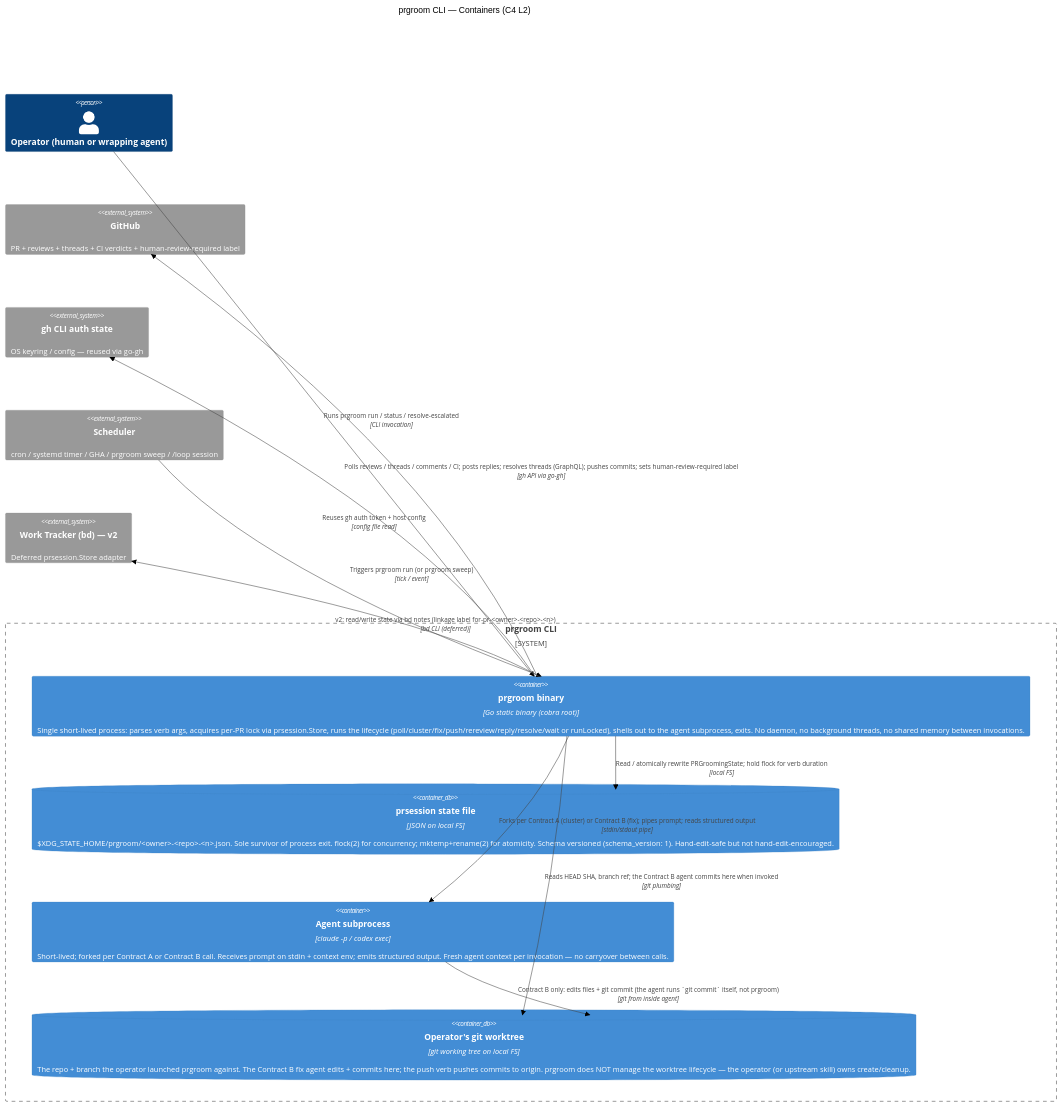
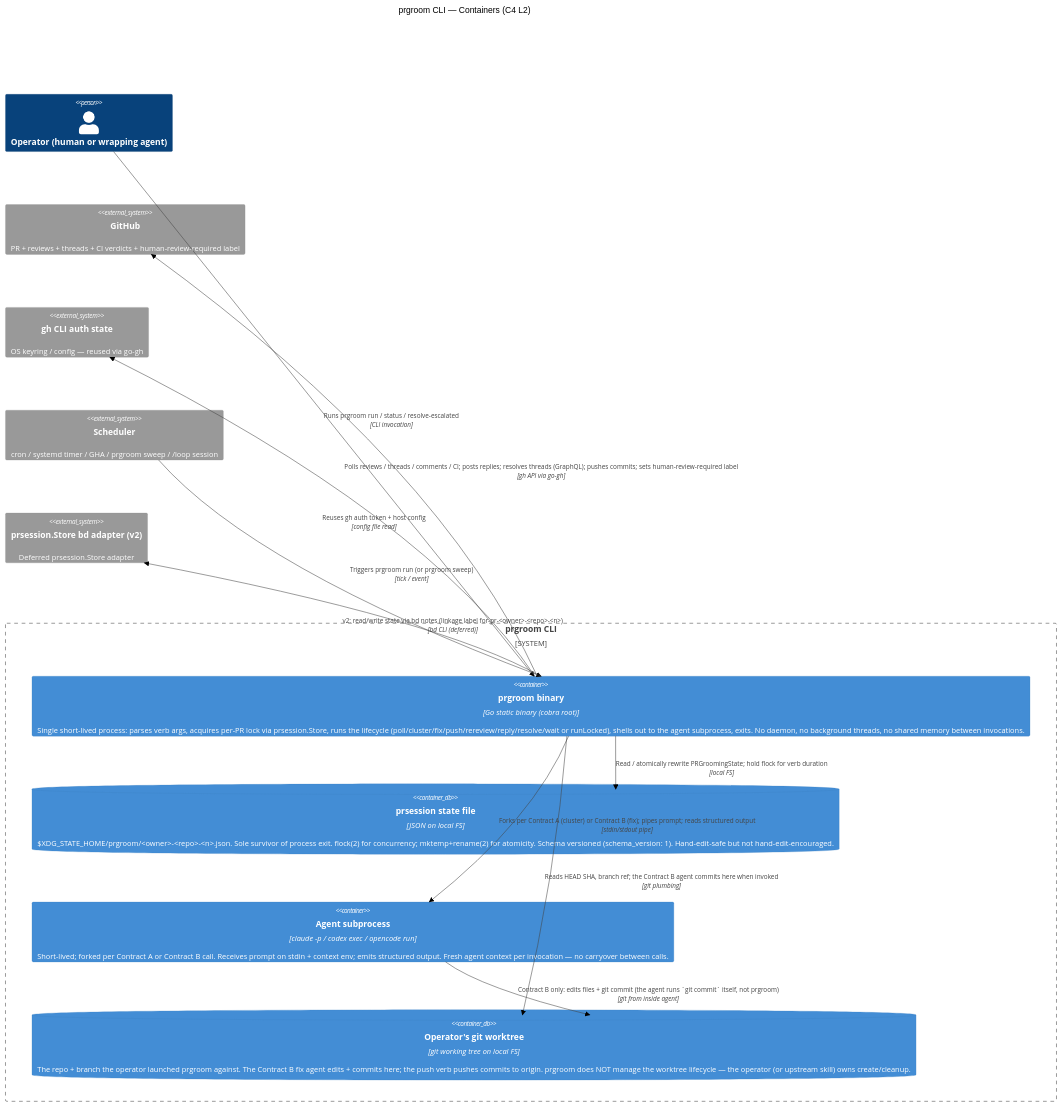
Before and after one commit to scotthamilton77/agents-config: the diagram in docs/architecture/prgroom/c4-l2-container.md, drawn with Mermaid (forest theme). The commit also changed other lines of this file and 6 other files, not shown here.

First line of the commit message:
docs(prgroom-hld): sync round-2 review feedback (opencode runtime, tight-loop wording, prsession.Store naming, stale quiescence-box)

````diff
--- a/docs/architecture/prgroom/c4-l2-container.md
+++ b/docs/architecture/prgroom/c4-l2-container.md
@@ -29,32 +29,32 @@
 ```mermaid
 C4Container
     title prgroom CLI — Containers (C4 L2)
 
     Person(operator, "Operator (human or wrapping agent)")
 
     System_Boundary(prgroom, "prgroom CLI") {
         Container(prgroom_bin, "prgroom binary", "Go static binary (cobra root)", "Single short-lived process: parses verb args, acquires per-PR lock via prsession.Store, runs the lifecycle (poll/cluster/fix/push/rereview/reply/resolve/wait or runLocked), shells out to the agent subprocess, exits. No daemon, no background threads, no shared memory between invocations.")
         ContainerDb(state, "prsession state file", "JSON on local FS", "$XDG_STATE_HOME/prgroom/<owner>-<repo>-<n>.json. Sole survivor of process exit. flock(2) for concurrency; mktemp+rename(2) for atomicity. Schema versioned (schema_version: 1). Hand-edit-safe but not hand-edit-encouraged.")
-        Container(agent_proc, "Agent subprocess", "claude -p / codex exec", "Short-lived; forked per Contract A or Contract B call. Receives prompt on stdin + context env; emits structured output. Fresh agent context per invocation — no carryover between calls.")
+        Container(agent_proc, "Agent subprocess", "claude -p / codex exec / opencode run", "Short-lived; forked per Contract A or Contract B call. Receives prompt on stdin + context env; emits structured output. Fresh agent context per invocation — no carryover between calls.")
         ContainerDb(worktree, "Operator's git worktree", "git working tree on local FS", "The repo + branch the operator launched prgroom against. The Contract B fix agent edits + commits here; the push verb pushes commits to origin. prgroom does NOT manage the worktree lifecycle — the operator (or upstream skill) owns create/cleanup.")
     }
 
     System_Ext(github, "GitHub", "PR + reviews + threads + CI verdicts + human-review-required label")
     System_Ext(gh_cli, "gh CLI auth state", "OS keyring / config — reused via go-gh")
     System_Ext(scheduler, "Scheduler", "cron / systemd timer / GHA / prgroom sweep / /loop session")
-    System_Ext(bdTracker, "Work Tracker (bd) — v2", "Deferred prsession.Store adapter")
+    System_Ext(bd_adapter, "prsession.Store bd adapter (v2)", "Deferred prsession.Store adapter")
 
     Rel(operator, prgroom_bin, "Runs prgroom run / status / resolve-escalated", "CLI invocation")
     Rel(scheduler, prgroom_bin, "Triggers prgroom run (or prgroom sweep)", "tick / event")
 
     Rel(prgroom_bin, state, "Read / atomically rewrite PRGroomingState; hold flock for verb duration", "local FS")
     Rel(prgroom_bin, github, "Polls reviews / threads / comments / CI; posts replies; resolves threads (GraphQL); pushes commits; sets human-review-required label", "gh API via go-gh")
     Rel(prgroom_bin, gh_cli, "Reuses gh auth token + host config", "config file read")
     Rel(prgroom_bin, agent_proc, "Forks per Contract A (cluster) or Contract B (fix); pipes prompt; reads structured output", "stdin/stdout pipe")
     Rel(prgroom_bin, worktree, "Reads HEAD SHA, branch ref; the Contract B agent commits here when invoked", "git plumbing")
-    Rel(prgroom_bin, bdTracker, "v2: read/write state via bd notes (linkage label for-pr-<owner>-<repo>-<n>)", "bd CLI (deferred)")
+    Rel(prgroom_bin, bd_adapter, "v2: read/write state via bd notes (linkage label for-pr-<owner>-<repo>-<n>)", "bd CLI (deferred)")
 
     Rel(agent_proc, worktree, "Contract B only: edits files + git commit (the agent runs `git commit` itself, not prgroom)", "git from inside agent")
 
     UpdateLayoutConfig($c4ShapeInRow="3", $c4BoundaryInRow="1")
 ```
````
